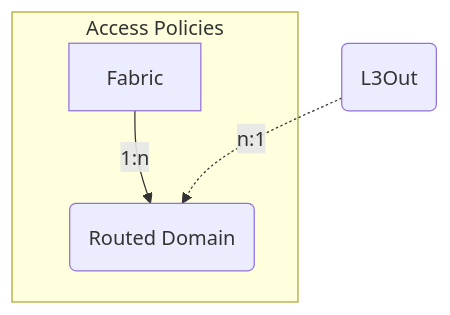
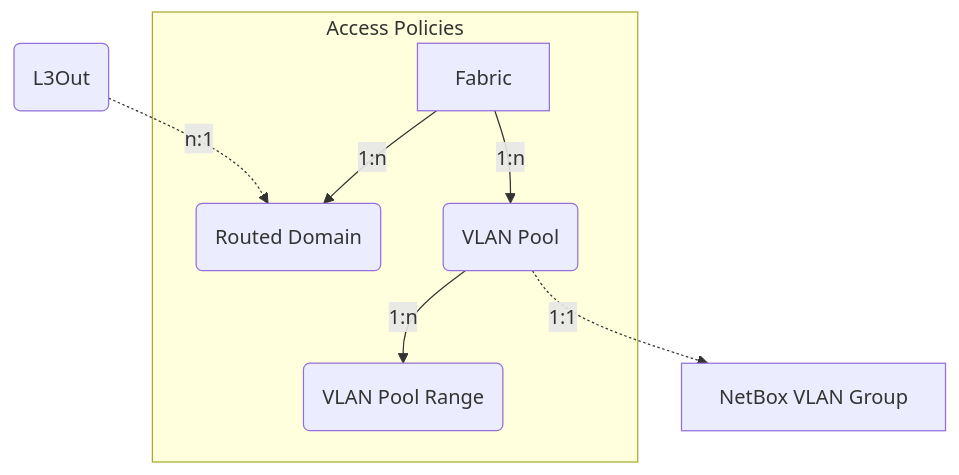
The diagram in docs/features/access_policies.md (pheus/netbox-aci-plugin), drawn with Mermaid before and after one commit. The commit also changed other lines of this file, not shown here.

First line of the commit message:
docs(access_policies): Document VLAN Pool and Range models

````diff
--- a/docs/features/access_policies.md
+++ b/docs/features/access_policies.md
@@ -7,11 +7,17 @@
 ```mermaid
 flowchart TD
     FAB[Fabric]
     RD(Routed Domain)
     L3O(L3Out)
+    VP(VLAN Pool)
+    VPR(VLAN Pool Range)
+    NBVG[NetBox VLAN Group]
 
     subgraph graphAP [Access Policies]
         FAB -->|1:n| RD
+        FAB -->|1:n| VP
+        VP -->|1:n| VPR
     end
     L3O -.->|n:1| RD
+    VP -.->|1:1| NBVG
 ```
````
